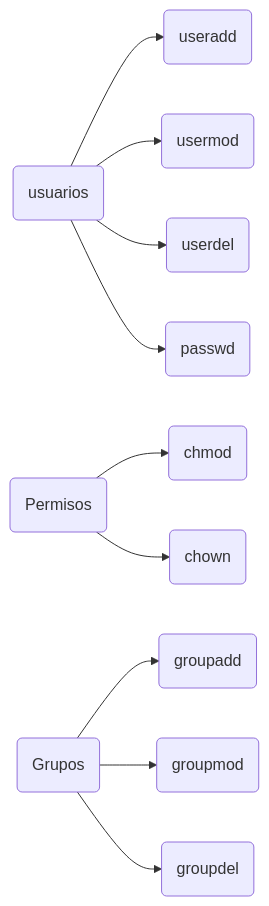
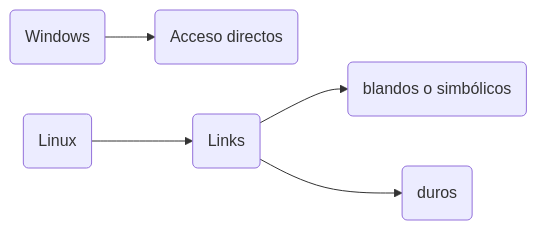
One commit to therabbithd/ApuntesSI changed the first of 4 diagrams in README.md. Above: the diagram before and after it, drawn with Mermaid. The commit also changed other lines of this file, not shown here.

````diff
--- a/README.md
+++ b/README.md
@@ -2,24 +116,13 @@
 ```mermaid
 flowchart LR
-U(usuarios )
-ua(useradd)
-um(usermod)
-ud(userdel)
-p(passwd)
-U-->ua
-U-->um
-U-->ud
-U-->p
-P(Permisos)
-chm(chmod)
-cho(chown)
-P-->chm
-P-->cho
-G(Grupos)
-ga(groupadd)
-gm(groupmod)
-gd(groupdel)
-G-->ga
-G-->gm
-G-->gd
+W(Windows)
+L(Linux)
+AD(Acceso directos)
+Li(Links)
+b(blandos o simbólicos)
+d(duros)
+L-->Li
+Li-->b
+Li-->d
+W-->AD
 ```
````
